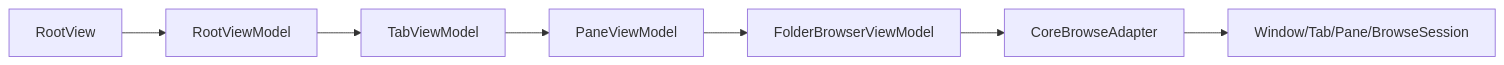
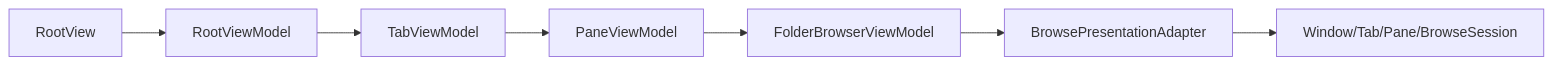
Before and after one commit to 0x5bfa/ReFiles: the third of 4 diagrams in docs/migration.md, drawn with Mermaid. The commit also changed other lines of this file and 93 other files, not shown here.

Commit message:
Rearchitect application state management

````diff
--- a/docs/migration.md
+++ b/docs/migration.md
@@ -47,9 +47,9 @@
 ```mermaid
 flowchart LR
     Root["RootView"] --> Window["RootViewModel"]
     Window --> Tab["TabViewModel"]
     Tab --> Pane["PaneViewModel"]
     Pane --> Browser["FolderBrowserViewModel"]
-    Browser --> Adapter["CoreBrowseAdapter"]
+    Browser --> Adapter["BrowsePresentationAdapter"]
     Adapter --> Core["Window/Tab/Pane/BrowseSession"]
 ```
````
